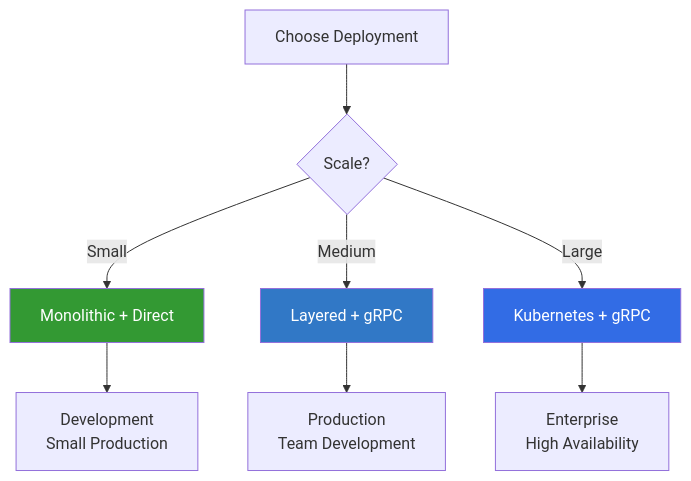
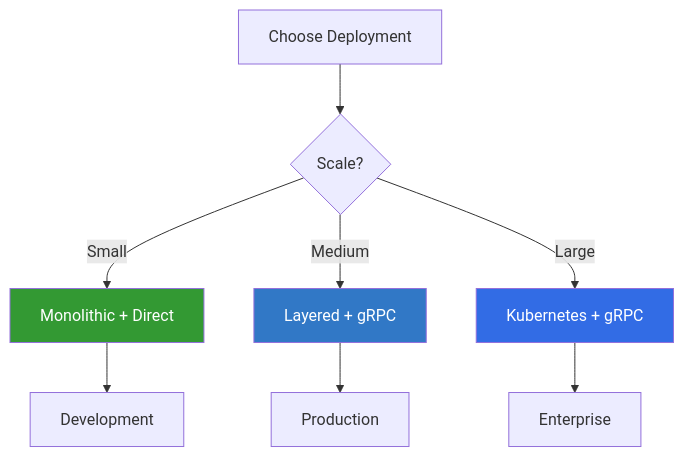
Before and after one commit to jrjohn/arcana-cloud-nodejs: diagram 13 of 13 in README.md, drawn with Mermaid. The commit also changed other lines of this file, not shown here.

````diff
--- a/README.md
+++ b/README.md
@@ -608,15 +624,15 @@
 ```mermaid
 graph TD
     START[Choose Deployment] --> Q1{Scale?}
-    Q1 -->|Small| MONO[Monolithic + Direct]
-    Q1 -->|Medium| LAYER[Layered + gRPC]
-    Q1 -->|Large| K8S[Kubernetes + gRPC]
+    Q1 -->|Small| MONO["Monolithic + Direct"]
+    Q1 -->|Medium| LAYER["Layered + gRPC"]
+    Q1 -->|Large| K8S["Kubernetes + gRPC"]
 
-    MONO --> DEV[Development<br/>Small Production]
-    LAYER --> PROD[Production<br/>Team Development]
-    K8S --> ENT[Enterprise<br/>High Availability]
+    MONO --> DEV[Development]
+    LAYER --> PROD[Production]
+    K8S --> ENT[Enterprise]
 
     style MONO fill:#339933,color:#fff
     style LAYER fill:#3178C6,color:#fff
     style K8S fill:#326CE5,color:#fff
 ```
````
